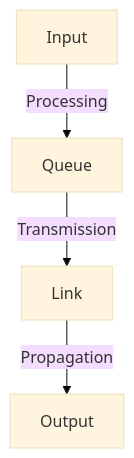
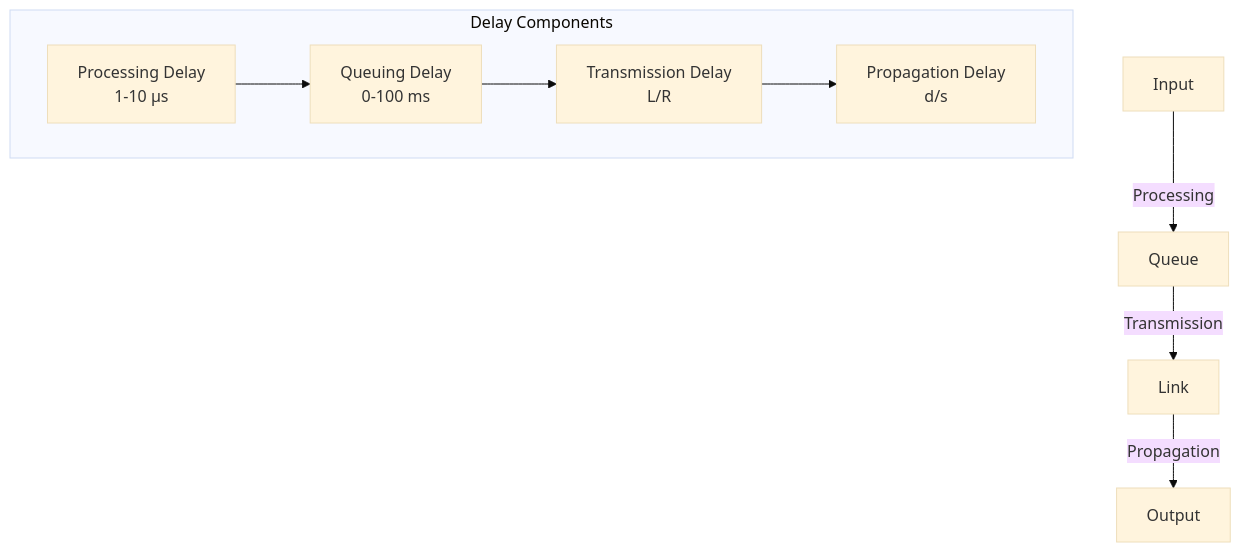
Before and after one commit to Attash2312/cntheory: the diagram in ch1/1.4_Delay_Loss_Throughput.md, drawn with Mermaid (base theme). The commit also changed other lines of this file and 79 other files, not shown here.

````diff
--- a/ch1/1.4_Delay_Loss_Throughput.md
+++ b/ch1/1.4_Delay_Loss_Throughput.md
@@ -37,6 +63,12 @@
 ```mermaid
 graph TD
   A[Input] -- Processing --> B[Queue]
   B -- Transmission --> C[Link]
   C -- Propagation --> D[Output]
+  
+  subgraph "Delay Components"
+    E[Processing Delay<br/>1-10 μs] --> F[Queuing Delay<br/>0-100 ms]
+    F --> G[Transmission Delay<br/>L/R]
+    G --> H[Propagation Delay<br/>d/s]
+  end
 ```
````
